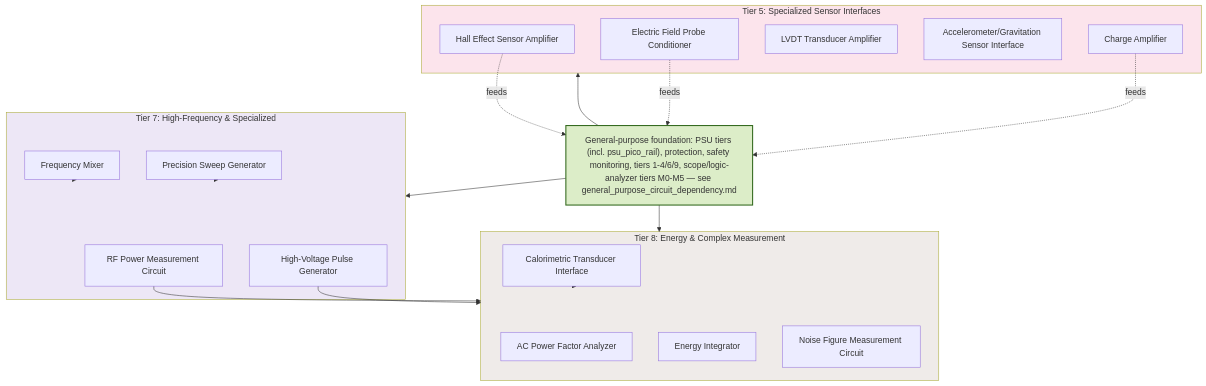
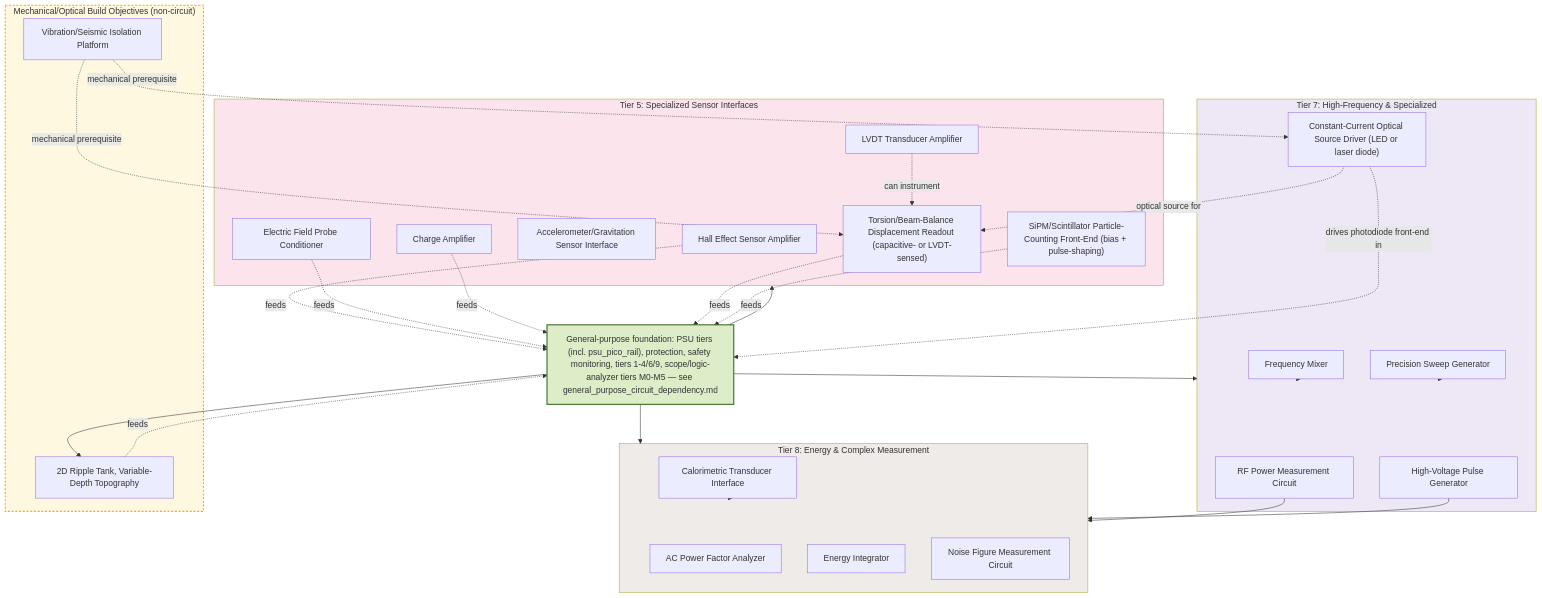
The diagram in docs/spacetime_circuits_dependency.md (arcticoder/lab), drawn with Mermaid before and after one commit. The commit also changed other lines of this file and 5 other files, not shown here.

First line of the commit message:
Add new nodes and updates to spacetime circuit dependencies

````diff
--- a/docs/spacetime_circuits_dependency.md
+++ b/docs/spacetime_circuits_dependency.md
@@ -19,6 +26,12 @@
         LVDTAMP["LVDT Transducer Amplifier"]
         ACCELIF["Accelerometer/Gravitation Sensor Interface"]
         CHGAMP["Charge Amplifier"]
+        %% added 2026-09-18 — resolves the force/displacement-balance gap
+        %% flagged 2026-09-15; see "Why these new tiers" below
+        FORCEBAL["Torsion/Beam-Balance Displacement Readout (capacitive- or LVDT-sensed)"]
+        %% added 2026-09-18 — new sensing modality, not covered by any
+        %% existing tier5 node (photon/particle-counting, not analog)
+        SIPMFE["SiPM/Scintillator Particle-Counting Front-End (bias + pulse-shaping)"]
     end
 
     subgraph tier7 ["Tier 7: High-Frequency & Specialized"]
@@ -26,6 +39,11 @@
         MIXER["Frequency Mixer"]
         SWEEP["Precision Sweep Generator"]
         HVPULSE["High-Voltage Pulse Generator"]
+        %% added 2026-09-18 — shared optical-source building block for
+        %% FORCEBAL (radiation-pressure drive), and for the optical-lever/
+        %% interferometer/fiber-loop sensing chains built from GENERAL's
+        %% TIA/DA (see "Why these new tiers" below)
+        LASERDRV["Constant-Current Optical Source Driver (LED or laser diode)"]
     end
 
     subgraph tier8 ["Tier 8: Energy & Complex Measurement"]
@@ -33,6 +51,16 @@
         PWRFACT["AC Power Factor Analyzer"]
         ENGINT["Energy Integrator"]
         NOISEFIG["Noise Figure Measurement Circuit"]
+    end
+
+    %% added 2026-09-18 — mechanical/optical build objectives named in
+    %% experimental-validation literature that aren't circuits themselves
+    %% but that tier5/7 nodes above directly depend on or drive; see
+    %% "Why these new tiers" below. Not file-creation work for TODO-agent.md
+    %% the way a circuit is — no netlist/smoke_test applies to these two.
+    subgraph mech ["Mechanical/Optical Build Objectives (non-circuit)"]
+        VIBISO["Vibration/Seismic Isolation Platform"]
+        RIPPLETANK["2D Ripple Tank, Variable-Depth Topography"]
     end
 
     GENERAL["General-purpose foundation: PSU tiers (incl. psu_pico_rail), protection, safety monitoring, tiers 1-4/6/9, scope/logic-analyzer tiers M0-M5 — see general_purpose_circuit_dependency.md"]
@@ -47,6 +75,12 @@
     HALLAMP -.feeds.-> GENERAL
     EPFIELD -.feeds.-> GENERAL
     CHGAMP -.feeds.-> GENERAL
+    %% weak displacement signal needs tier4/6 amplification, same role as
+    %% the three feeds above
+    FORCEBAL -.feeds.-> GENERAL
+    %% pulse timing consumed by tier6 TIMEINT/JITTER (already-named
+    %% general-purpose nodes, both still undesigned)
+    SIPMFE -.feeds.-> GENERAL
 
     %% Tier 7 specialized
     MIXER --> tier7
@@ -57,8 +91,31 @@
     HVPULSE --> tier8
     CALORIF --> tier8
 
+    %% LASERDRV's own output isn't sensed directly — it drives a photodiode
+    %% (GENERAL's tier2 TIA, already built & bench-tested) and/or a torsion
+    %% balance (FORCEBAL, radiation-pressure-driven variant)
+    LASERDRV -.optical source for.-> FORCEBAL
+    LASERDRV -.drives photodiode front-end in.-> GENERAL
+
+    %% LVDTAMP is one real way to instrument FORCEBAL's displacement
+    %% (capacitive sensing is the other, see "Why these new tiers" below)
+    LVDTAMP -.can instrument.-> FORCEBAL
+
+    %% Mechanical prerequisites — vibration sensitivity affects both the
+    %% torsion balance and any optical-lever/interferometer/fiber-loop work
+    VIBISO -.mechanical prerequisite.-> FORCEBAL
+    VIBISO -.mechanical prerequisite.-> LASERDRV
+
+    %% Ripple tank: general-purpose supplies the wave driver (tier1
+    %% SIMPGEN) and consumes its phase-shifted output (tier4/6
+    %% PHASED/LOCKIN) — same bidirectional relationship as the tier5
+    %% -.feeds.-> GENERAL edges above, just for a mechanical node
+    GENERAL --> RIPPLETANK
+    RIPPLETANK -.feeds.-> GENERAL
+
     style tier5 fill:#fce4ec
     style tier7 fill:#ede7f6
     style tier8 fill:#efebe9
+    style mech fill:#fff8e1,stroke:#f9a825,stroke-width:2px,stroke-dasharray: 4 3
     style GENERAL fill:#dcedc8,stroke:#33691e,stroke-width:2px
 ```
````
